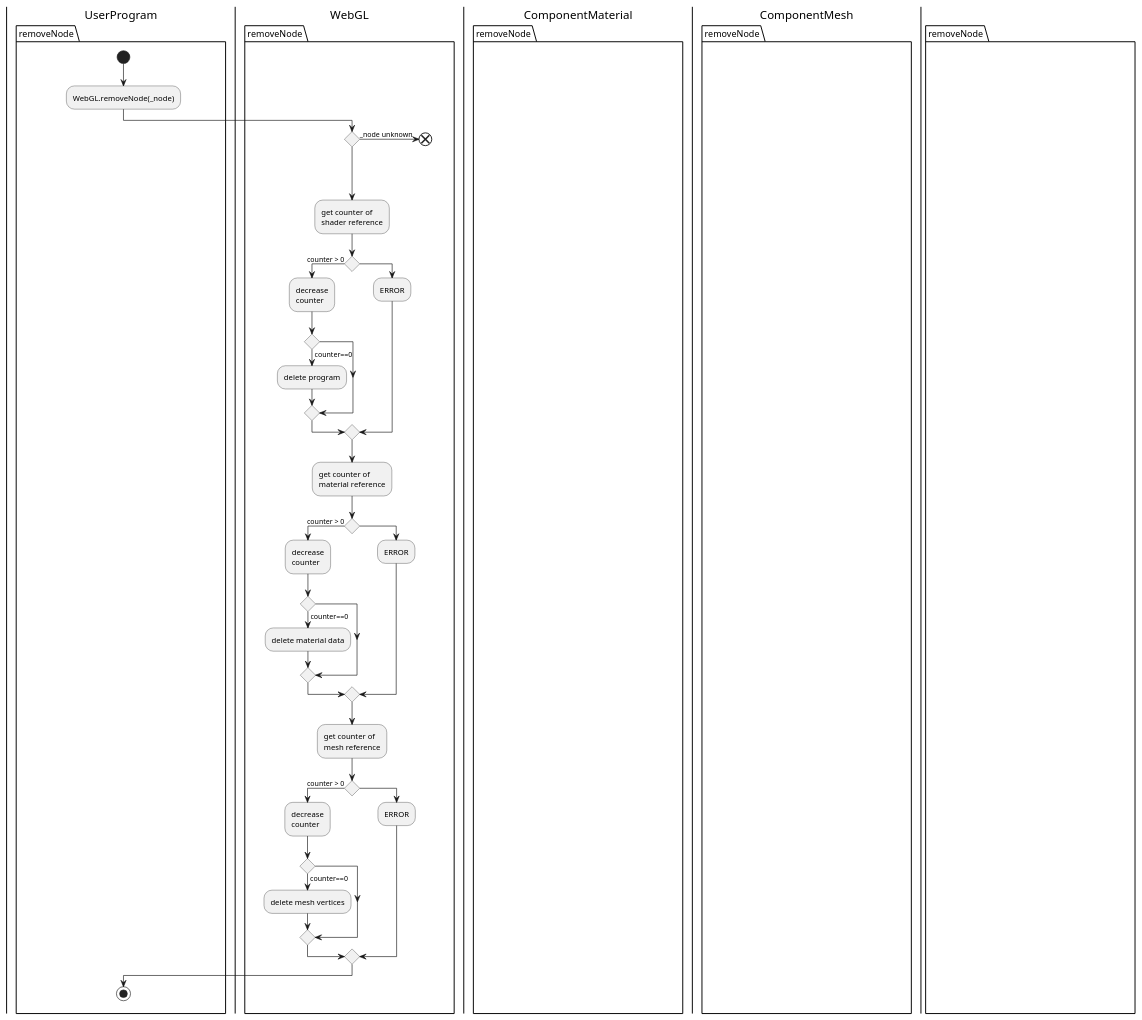
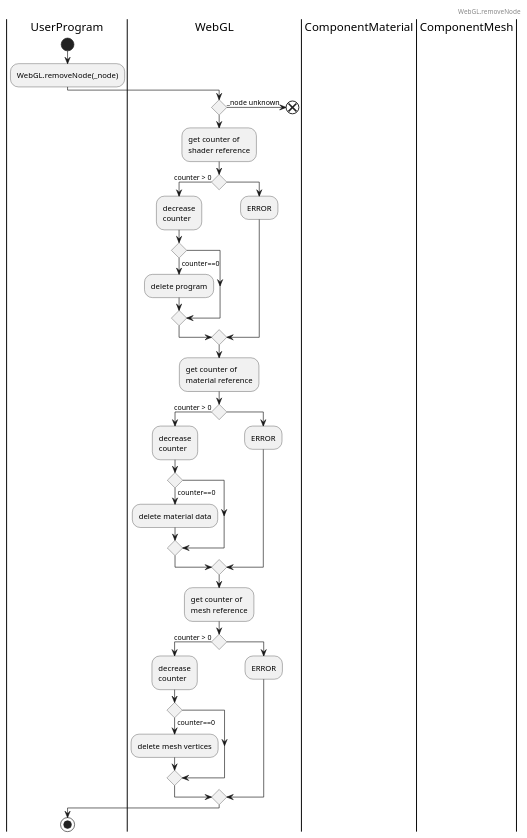
One commit to JirkaDellOro/FUDGE changed the second of 3 diagrams in Design/WebGL_Proposal_Node-Processing.puml. Above: the diagram before and after it, drawn with PlantUML. The commit also changed other lines of this file, not shown here.

Commit message:
headlines and updateNode complete

```diff
--- a/Design/WebGL_Proposal_Node-Processing.puml
+++ b/Design/WebGL_Proposal_Node-Processing.puml
@@ -60,52 +63,53 @@
 @startuml WebGL.removeNode
+header 
+WebGL.removeNode
+endheader
 |UserProgram|
 '|Viewport|
 |WebGL|
 '|Node|
 |ComponentMaterial|
 |ComponentMesh|
-package removeNode {
-    |UserProgram|
-    start
-    :WebGL.removeNode(_node);
-    |WebGL|
-    if () then (_node unknown)
-        end
+|UserProgram|
+start
+:WebGL.removeNode(_node);
+|WebGL|
+if () then (_node unknown)
+    end
+endif
+:get counter of
+shader reference;
+if () then (counter > 0)
+    :decrease
+    counter;
+    if () then (counter==0)
+        :delete program;
     endif
-    :get counter of
-    shader reference;
-    if () then (counter > 0)
-        :decrease
-        counter;
-        if () then (counter==0)
-            :delete program;
-        endif
-    else ()
-        :ERROR;
+else ()
+    :ERROR;
+endif
+:get counter of
+material reference;
+if () then (counter > 0)
+    :decrease
+    counter;
+    if () then (counter==0)
+        :delete material data;
     endif
-    :get counter of
-    material reference;
-    if () then (counter > 0)
-        :decrease
-        counter;
-        if () then (counter==0)
-            :delete material data;
-        endif
-    else ()
-        :ERROR;
+else ()
+    :ERROR;
+endif
+:get counter of
+mesh reference;
+if () then (counter > 0)
+    :decrease
+    counter;
+    if () then (counter==0)
+        :delete mesh vertices;
     endif
-    :get counter of
-    mesh reference;
-    if () then (counter > 0)
-        :decrease
-        counter;
-        if () then (counter==0)
-            :delete mesh vertices;
-        endif
-    else ()
-        :ERROR;
-    endif
-    |UserProgram|
-    stop
-}
+else ()
+    :ERROR;
+endif
+|UserProgram|
+stop
 @enduml
```
